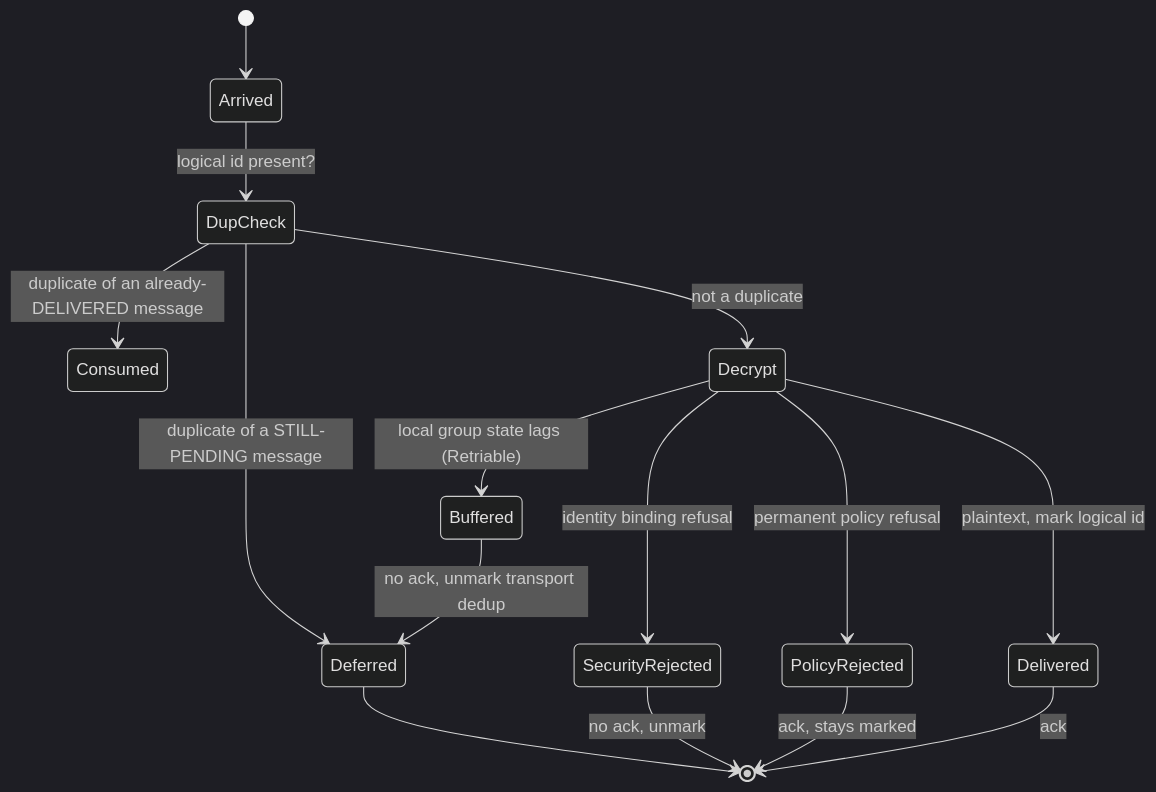
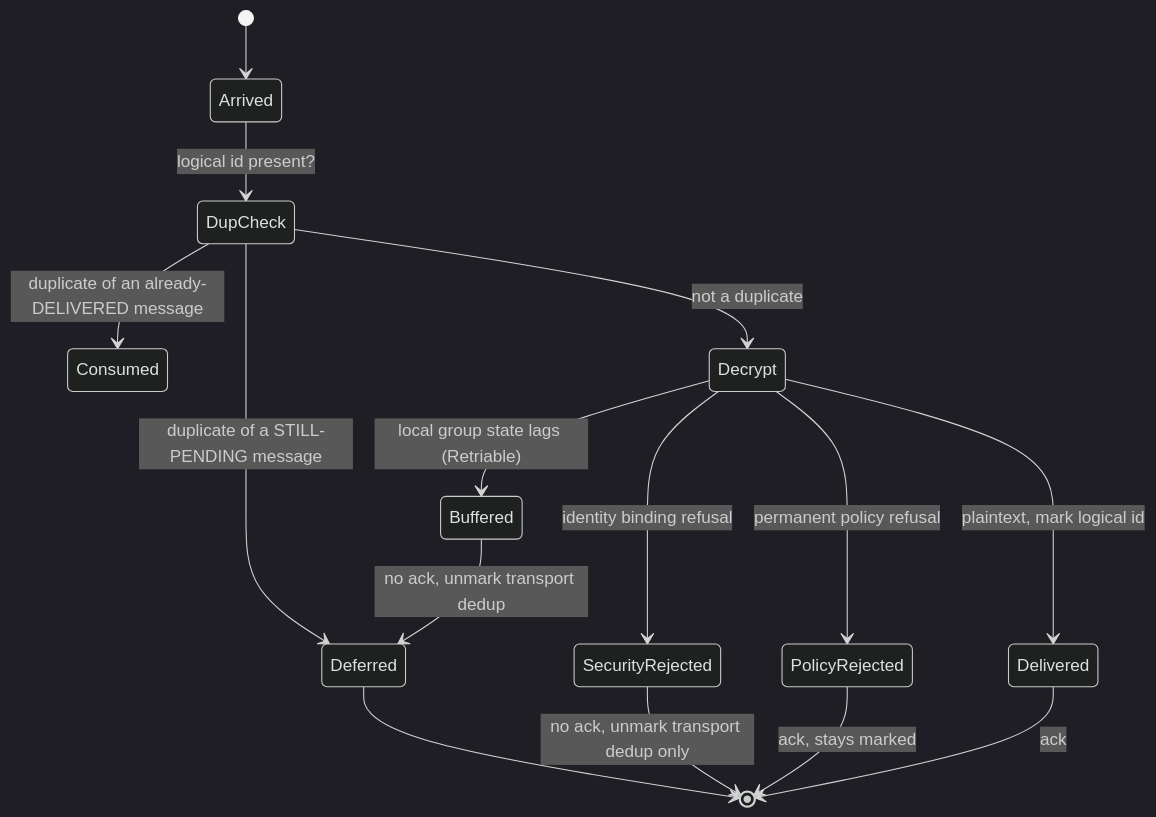
Before and after one commit to Offline-Protocol/offline-protocol-sdk: the second of 4 diagrams in docs/state-machines/group-message-lifecycle.md, drawn with Mermaid (dark theme). The commit also changed other lines of this file and 15 other files, not shown here.

````diff
--- a/docs/state-machines/group-message-lifecycle.md
+++ b/docs/state-machines/group-message-lifecycle.md
@@ -72,19 +72,19 @@
 ```mermaid
 stateDiagram-v2
     [*] --> Arrived
     Arrived --> DupCheck: logical id present?
     DupCheck --> Deferred: duplicate of a STILL-PENDING message
     DupCheck --> Consumed: duplicate of an already-DELIVERED message
     DupCheck --> Decrypt: not a duplicate
 
     Decrypt --> Delivered: plaintext, mark logical id
     Decrypt --> Buffered: local group state lags (Retriable)
     Decrypt --> SecurityRejected: identity binding refusal
     Decrypt --> PolicyRejected: permanent policy refusal
 
     Buffered --> Deferred: no ack, unmark transport dedup
     Deferred --> [*]
-    SecurityRejected --> [*]: no ack, unmark
+    SecurityRejected --> [*]: no ack, unmark transport dedup only
     PolicyRejected --> [*]: ack, stays marked
     Delivered --> [*]: ack
 ```
````
